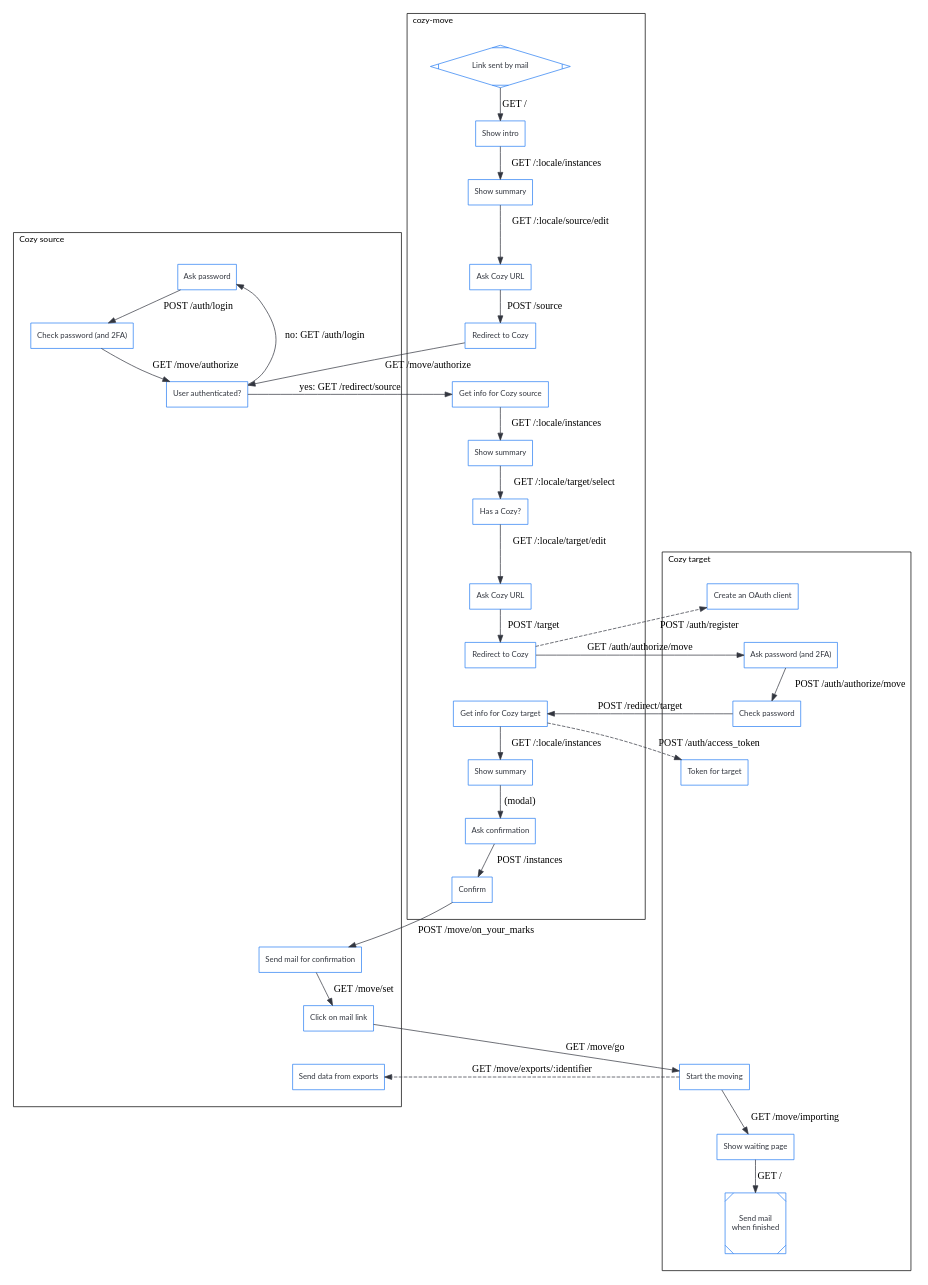
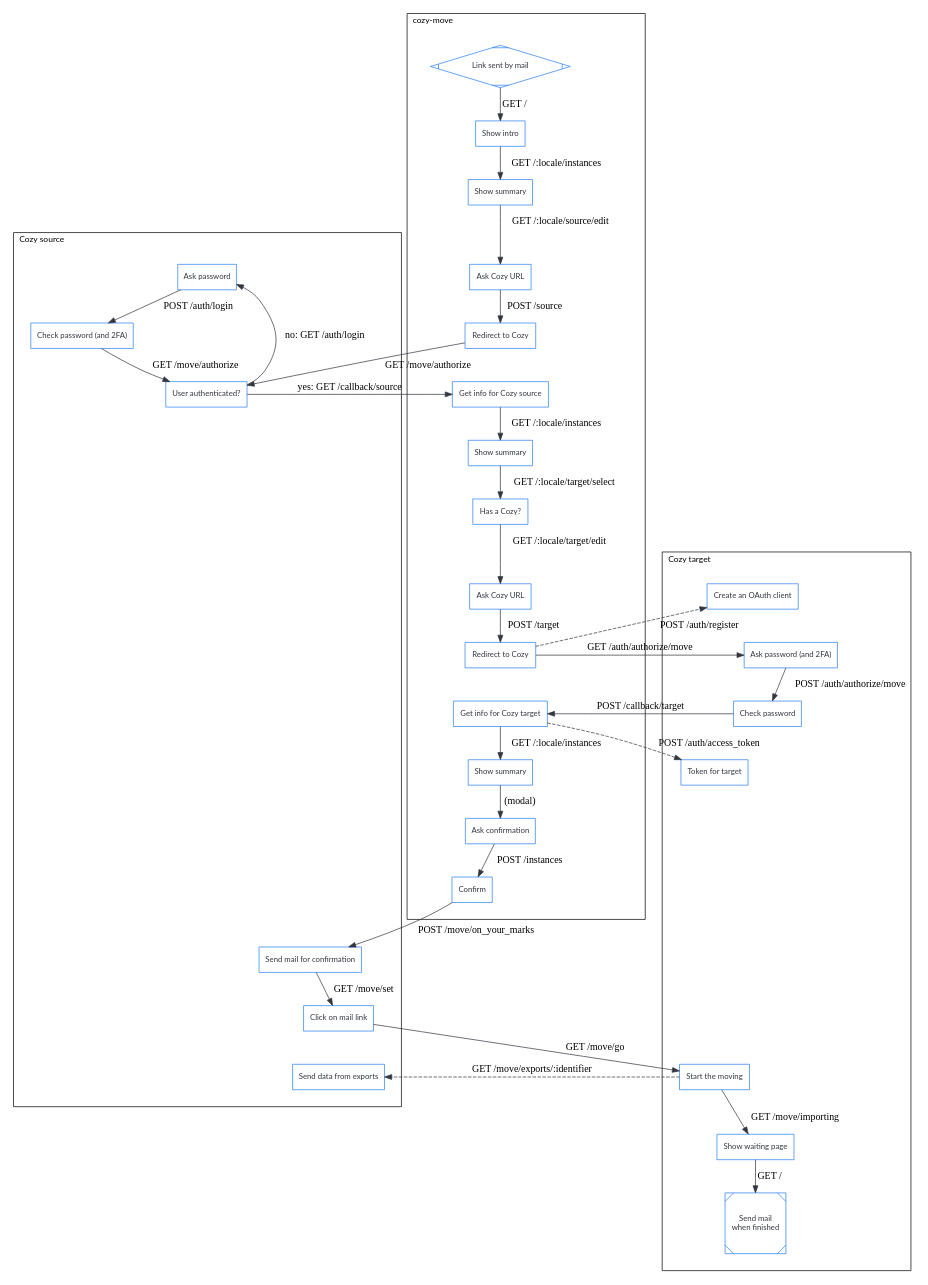
One commit to cozy/cozy-move changed the diagram in docs/from-cozy-move.gv. Above: the diagram before and after it, drawn with Graphviz. The commit also changed 6 other files, not shown here.

```diff
--- a/docs/from-cozy-move.gv
+++ b/docs/from-cozy-move.gv
@@ -1,90 +1,90 @@
 digraph bitwarden {
 	graph [splines=true];
 	node [shape="box", fontname="lato", fontsize=11, margin=0.12, color="#297EF2", fontcolor="#32363F"];
 	edge [color="#32363F"];
 	ranksep=0.45; nodesep=1.5;
 
 	// Hidden, to order the clusters
 	s_export_2 -> m_edit_1 [style="invis"]
 
 	subgraph cluster_source {
 		label="Cozy source"; labeljust="l"; fontname="lato"; fontsize=12; margin=24; rankdir=TB;
 		s_export [label="User authenticated?"]
 		s_export_2 [label="Ask password"]
 		s_export_3 [label="Check password (and 2FA)"]
 		s_confirm [label="Send mail for confirmation"]
 		s_mail [label="Click on mail link"]
 		s_data [label="Send data from exports"]
 		s_fake_1, s_fake_2, s_fake_3, s_fake_4, s_fake_5, s_fake_6, s_fake_7, s_fake_8 [style="invis"]
 	}
 
 	subgraph cluster_move {
 		label="cozy-move"; labeljust="l"; fontname="lato"; fontsize=12; margin=24;
 		m_init [label="Link sent by mail"; shape="Mdiamond"]
 		m_index_1 [label="Show summary"]
 		m_edit_1 [label="Ask Cozy URL"]
 		m_post_1 [label="Redirect to Cozy"]
 		m_source [label="Get info for Cozy source"]
 		m_intro [label="Show intro"]
 		m_index_2 [label="Show summary"]
 		m_select [label="Has a Cozy?"]
 		m_edit_2 [label="Ask Cozy URL"]
 		m_post_2 [label="Redirect to Cozy"]
 		m_target [label="Get info for Cozy target"]
 		m_index_3 [label="Show summary"]
 		m_warning [label="Ask confirmation"]
 		m_confirm [label="Confirm"]
 	}
 
 	subgraph cluster_target {
 		label="Cozy target"; labeljust="l"; fontname="lato"; fontsize=12; margin=24;
 		t_register [label="Create an OAuth client"]
 		t_export [label="Ask password (and 2FA)"]
 		t_export_2 [label="Check password"]
 		t_token [label="Token for target"]
 		t_run [label="Start the moving"]
 		t_wait [label="Show waiting page"]
 		t_done [label="Send mail\nwhen finished"; shape="Msquare"]
 		t_fake_1, t_fake_2, t_fake_3, t_fake_4 [style="invis"]
 	}
 
 	// User
 	m_init -> m_intro [label="GET /"]
 	m_intro -> m_index_1 [label="GET /:locale/instances"]
 	m_index_1 -> m_edit_1 [label="GET /:locale/source/edit"]
 	m_edit_1 -> m_post_1 [label="POST /source"]
 	m_post_1 -> s_export [label="GET /move/authorize"]
 	s_export -> s_export_2 [label="no: GET /auth/login"; constraint=false]
 	s_export_2 -> s_export_3 [label="POST /auth/login"]
 	s_export_3 -> s_export [label="GET /move/authorize"]
-	s_export -> m_source [label="yes: GET /redirect/source"]
+	s_export -> m_source [label="yes: GET /callback/source"]
 	m_source -> m_index_2 [label="GET /:locale/instances"]
 	m_index_2 -> m_select [label="GET /:locale/target/select"]
 	m_select -> m_edit_2 [label="GET /:locale/target/edit"]
 	m_edit_2 -> m_post_2 [label="POST /target"]
 	m_post_2 -> t_export [label="GET /auth/authorize/move"]
 	t_export -> t_export_2 [label="POST /auth/authorize/move"]
-	t_export_2 -> m_target [label="POST /redirect/target"]
+	t_export_2 -> m_target [label="POST /callback/target"]
 	m_target -> m_index_3 [label="GET /:locale/instances"]
 	m_index_3 -> m_warning [label="(modal)"]
 	m_warning -> m_confirm [label="POST /instances"]
 	m_confirm -> s_confirm [label="POST /move/on_your_marks"]
 	s_confirm -> s_mail [label="GET /move/set"]
 	s_mail -> t_run [label="GET /move/go"]
 	t_run -> t_wait [label="GET /move/importing"]
 	t_wait -> t_done [label="GET /"]
 
 	// Server to server
 	m_post_2 -> t_register [label="POST /auth/register"; style="dashed"]
 	m_target -> t_token [label="POST /auth/access_token"; style="dashed"]
 	t_run -> s_data [label="GET /move/exports/:identifier"; style="dashed"]
 
 	// Hidden, just to preserve order between nodes inside clusters
 	s_export -> s_fake_1 -> s_fake_2 -> s_fake_3 -> s_fake_4 -> s_fake_5 -> s_fake_6 -> s_fake_7 -> s_fake_8 -> s_confirm [style="invis"]
 	s_mail -> s_data [style="invis"]
 	m_post_1 -> m_source [style="invis"]
 	m_post_2 -> m_target [style="invis"]
 	t_register -> t_export [style="invis"]
 	t_export_2 -> t_token [style="invis"]
 	t_token -> t_fake_1 -> t_fake_2 -> t_fake_3 -> t_fake_4 -> t_run [style="invis"]
 }
```
